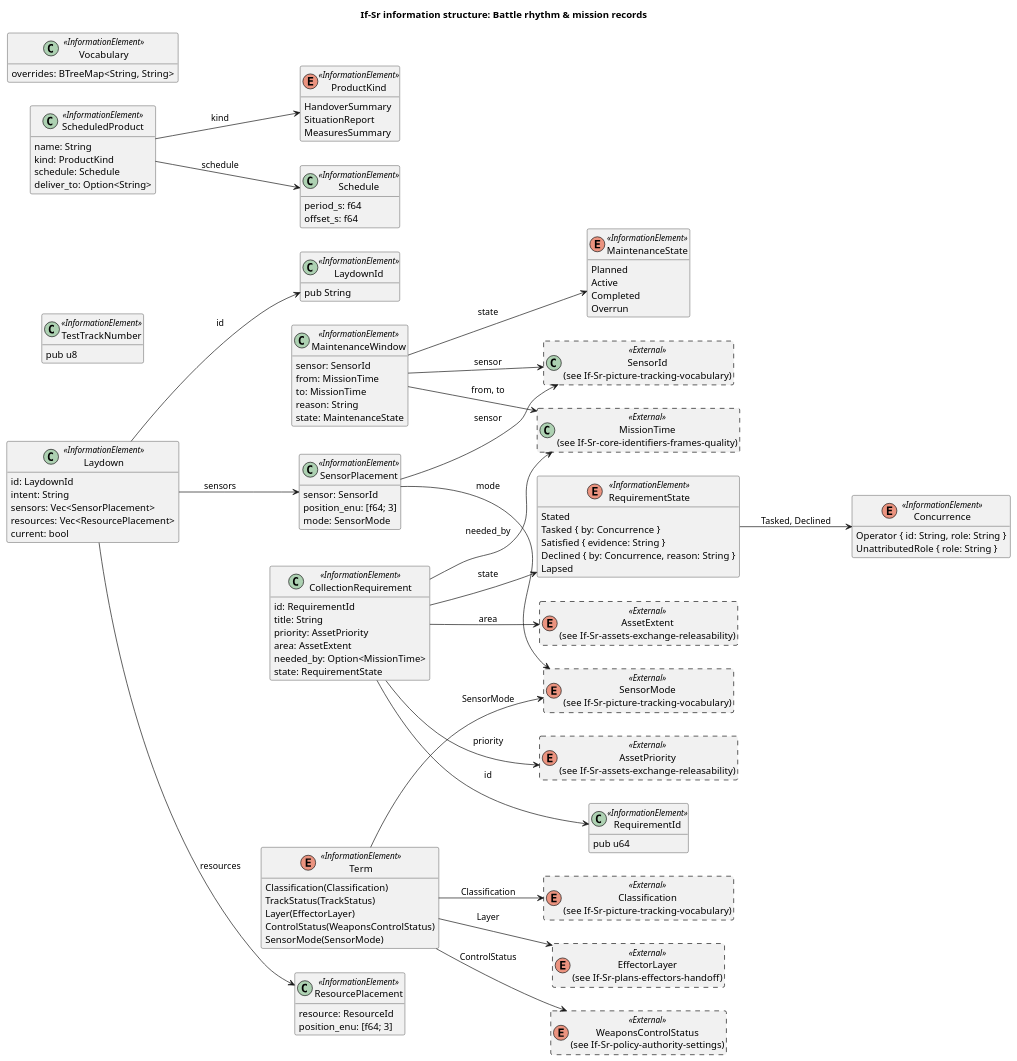
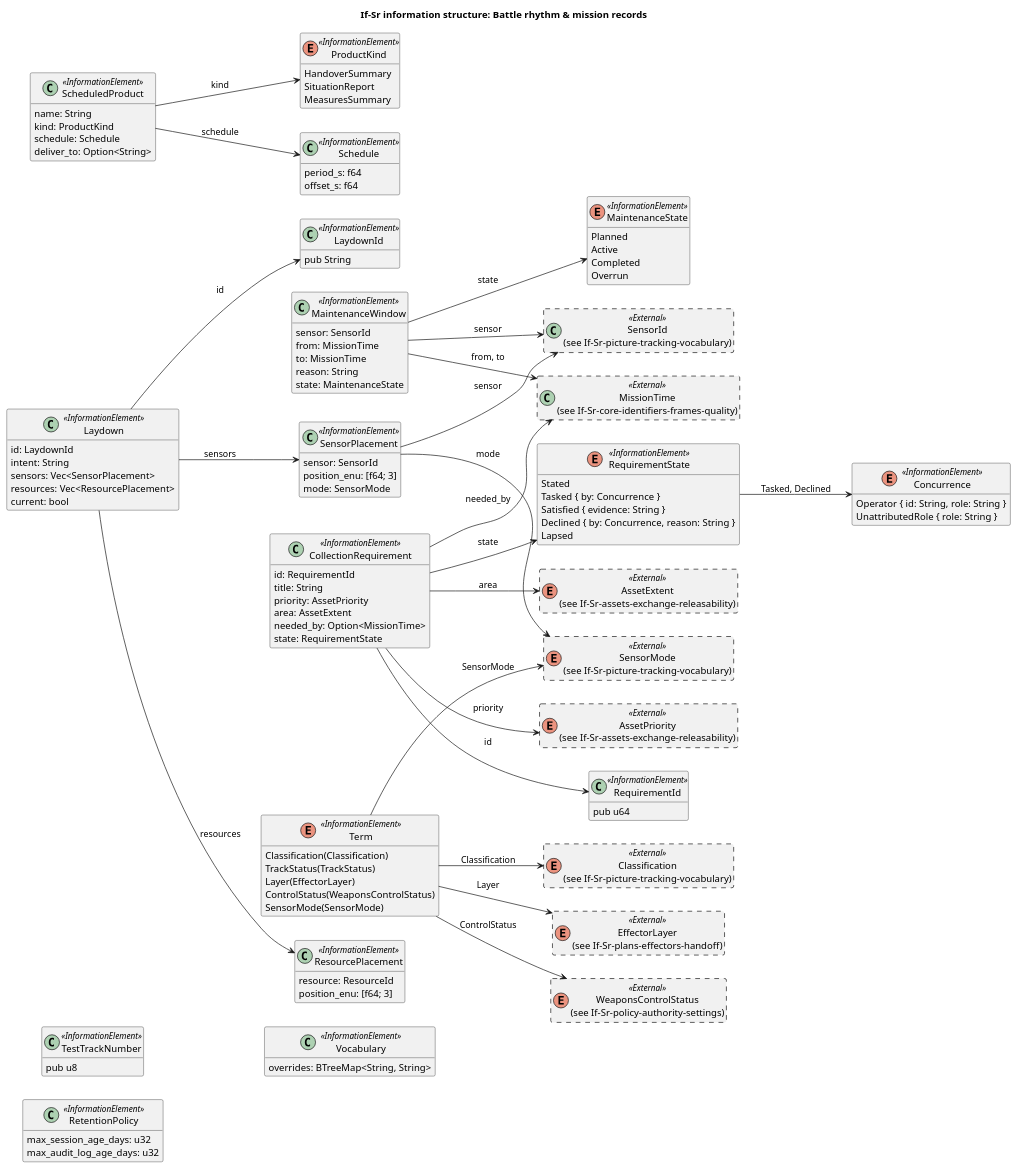
One commit to WayneRoessling/gungnir changed the diagram in docs/architecture/uaf/information/If-Sr-battle-rhythm-mission-records.puml. Above: the diagram before and after it, drawn with PlantUML. The commit also changed 46 other files, not shown here.

```diff
--- a/docs/architecture/uaf/information/If-Sr-battle-rhythm-mission-records.puml
+++ b/docs/architecture/uaf/information/If-Sr-battle-rhythm-mission-records.puml
@@ -1,124 +1,128 @@
 @startuml If-Sr-battle-rhythm-mission-records
 title If-Sr information structure: Battle rhythm & mission records
 left to right direction
 hide empty members
 skinparam classAttributeIconSize 0
 class "LaydownId" as LaydownId <<InformationElement>> {
   pub String
 }
 class "SensorPlacement" as SensorPlacement <<InformationElement>> {
   sensor: SensorId
   position_enu: [f64; 3]
   mode: SensorMode
 }
 class "ResourcePlacement" as ResourcePlacement <<InformationElement>> {
   resource: ResourceId
   position_enu: [f64; 3]
 }
 class "Laydown" as Laydown <<InformationElement>> {
   id: LaydownId
   intent: String
   sensors: Vec<SensorPlacement>
   resources: Vec<ResourcePlacement>
   current: bool
 }
 class "TestTrackNumber" as TestTrackNumber <<InformationElement>> {
   pub u8
 }
 class "RequirementId" as RequirementId <<InformationElement>> {
   pub u64
 }
 enum "Concurrence" as Concurrence <<InformationElement>> {
   Operator { id: String, role: String }
   UnattributedRole { role: String }
 }
 class "CollectionRequirement" as CollectionRequirement <<InformationElement>> {
   id: RequirementId
   title: String
   priority: AssetPriority
   area: AssetExtent
   needed_by: Option<MissionTime>
   state: RequirementState
 }
 enum "RequirementState" as RequirementState <<InformationElement>> {
   Stated
   Tasked { by: Concurrence }
   Satisfied { evidence: String }
   Declined { by: Concurrence, reason: String }
   Lapsed
+}
+class "RetentionPolicy" as RetentionPolicy <<InformationElement>> {
+  max_session_age_days: u32
+  max_audit_log_age_days: u32
 }
 class "ScheduledProduct" as ScheduledProduct <<InformationElement>> {
   name: String
   kind: ProductKind
   schedule: Schedule
   deliver_to: Option<String>
 }
 enum "ProductKind" as ProductKind <<InformationElement>> {
   HandoverSummary
   SituationReport
   MeasuresSummary
 }
 class "Schedule" as Schedule <<InformationElement>> {
   period_s: f64
   offset_s: f64
 }
 class "MaintenanceWindow" as MaintenanceWindow <<InformationElement>> {
   sensor: SensorId
   from: MissionTime
   to: MissionTime
   reason: String
   state: MaintenanceState
 }
 enum "MaintenanceState" as MaintenanceState <<InformationElement>> {
   Planned
   Active
   Completed
   Overrun
 }
 enum "Term" as Term <<InformationElement>> {
   Classification(Classification)
   TrackStatus(TrackStatus)
   Layer(EffectorLayer)
   ControlStatus(WeaponsControlStatus)
   SensorMode(SensorMode)
 }
 class "Vocabulary" as Vocabulary <<InformationElement>> {
   overrides: BTreeMap<String, String>
 }
 enum "AssetExtent\n(see If-Sr-assets-exchange-releasability)" as AssetExtent <<External>> #line.dashed {
 }
 enum "AssetPriority\n(see If-Sr-assets-exchange-releasability)" as AssetPriority <<External>> #line.dashed {
 }
 enum "Classification\n(see If-Sr-picture-tracking-vocabulary)" as Classification <<External>> #line.dashed {
 }
 enum "EffectorLayer\n(see If-Sr-plans-effectors-handoff)" as EffectorLayer <<External>> #line.dashed {
 }
 class "MissionTime\n(see If-Sr-core-identifiers-frames-quality)" as MissionTime <<External>> #line.dashed {
 }
 class "SensorId\n(see If-Sr-picture-tracking-vocabulary)" as SensorId <<External>> #line.dashed {
 }
 enum "SensorMode\n(see If-Sr-picture-tracking-vocabulary)" as SensorMode <<External>> #line.dashed {
 }
 enum "WeaponsControlStatus\n(see If-Sr-policy-authority-settings)" as WeaponsControlStatus <<External>> #line.dashed {
 }
 SensorPlacement --> SensorId : sensor
 SensorPlacement --> SensorMode : mode
 Laydown --> LaydownId : id
 Laydown --> ResourcePlacement : resources
 Laydown --> SensorPlacement : sensors
 CollectionRequirement --> AssetExtent : area
 CollectionRequirement --> AssetPriority : priority
 CollectionRequirement --> MissionTime : needed_by
 CollectionRequirement --> RequirementId : id
 CollectionRequirement --> RequirementState : state
 RequirementState --> Concurrence : Tasked, Declined
 ScheduledProduct --> ProductKind : kind
 ScheduledProduct --> Schedule : schedule
 MaintenanceWindow --> MaintenanceState : state
 MaintenanceWindow --> MissionTime : from, to
 MaintenanceWindow --> SensorId : sensor
 Term --> Classification : Classification
 Term --> EffectorLayer : Layer
 Term --> SensorMode : SensorMode
 Term --> WeaponsControlStatus : ControlStatus
 @enduml
```
